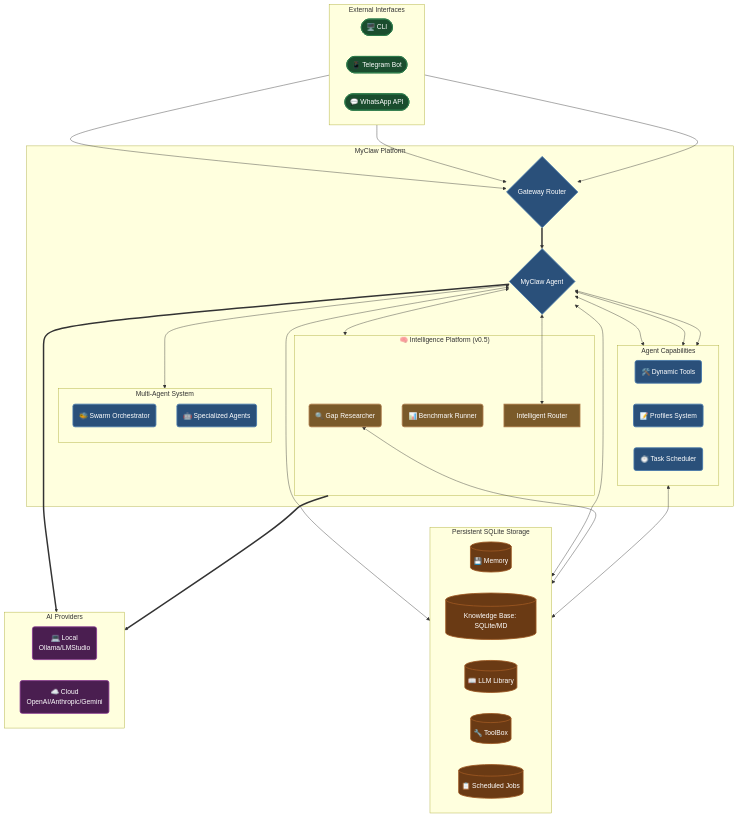
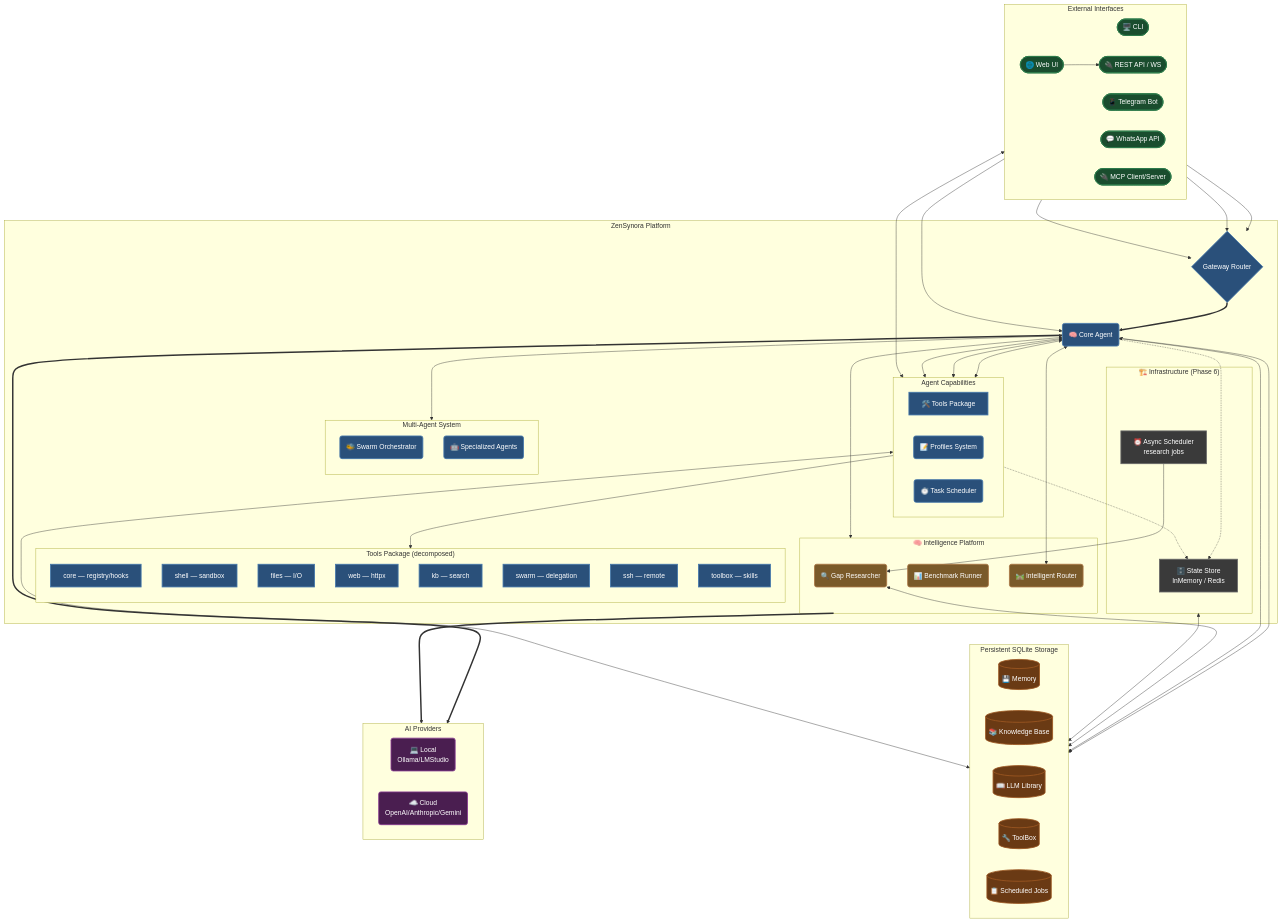
The diagram in README.md (adrianx26/zensynora), drawn with Mermaid before and after one commit. The commit also changed other lines of this file and 29 other files, not shown here.

````diff
--- a/README.md
+++ b/README.md
@@ -54,26 +54,42 @@
     classDef data fill:#6a3a14,stroke:#9c5822,stroke-width:2px,color:#fff
     classDef llm fill:#4a1e50,stroke:#863990,stroke-width:2px,color:#fff
     classDef intelligence fill:#7a5a2a,stroke:#aa7744,stroke-width:2px,color:#fff
+    classDef infra fill:#3a3a3a,stroke:#666666,stroke-width:2px,color:#fff
 
-    %% Channels
+    %% Channels / Interfaces
     subgraph Interfaces [External Interfaces]
         direction LR
         CLI(["🖥️ CLI"])
         TG(["📱 Telegram Bot"])
         WA(["💬 WhatsApp API"])
+        WebUI(["🌐 Web UI"])
+        API(["🔌 REST API / WS"])
+        MCP(["🔌 MCP Client/Server"])
     end
 
     %% Core Application
-    subgraph MyClaw [MyClaw Platform]
+    subgraph MyClaw [ZenSynora Platform]
         GW{"Gateway Router"}
-        
+
         Agent("🧠 Core Agent")
-        
+
         subgraph Capabilities [Agent Capabilities]
             direction LR
-            Tools("🛠️ Dynamic Tools")
+            ToolsPkg["🛠️ Tools Package"]
             Profiles("📝 Profiles System")
             Sched("⏱️ Task Scheduler")
+        end
+
+        subgraph ToolModules ["Tools Package (decomposed)"]
+            direction TB
+            TCore["core — registry/hooks"]
+            TShell["shell — sandbox"]
+            TFiles["files — I/O"]
+            TWeb["web — httpx"]
+            TKB["kb — search"]
+            TSwarm["swarm — delegation"]
+            TSSH["ssh — remote"]
+            TToolbox["toolbox — skills"]
         end
 
         subgraph AdvancedSystems [Multi-Agent System]
@@ -82,10 +98,15 @@
             Spec("🤖 Specialized Agents")
         end
 
-        subgraph Intelligence ["🧠 Intelligence Platform (v0.5)"]
+        subgraph Intelligence ["🧠 Intelligence Platform"]
             GapRes("🔍 Gap Researcher")
             Bench("📊 Benchmark Runner")
             Router("🛤️ Intelligent Router")
+        end
+
+        subgraph Infra ["🏗️ Infrastructure (Phase 6)"]
+            StateStore["🗄️ State Store<br/>InMemory / Redis"]
+            AsyncSched["⏰ Async Scheduler<br/>research jobs"]
         end
     end
 
@@ -110,30 +131,41 @@
     CLI --> GW
     TG --> GW
     WA --> GW
-    
+    WebUI --> API
+    API --> Agent
+    MCP <--> ToolsPkg
+
     GW ==> Agent
-    
-    Agent <--> Tools
+
+    Agent <--> ToolsPkg
     Agent <--> Profiles
     Agent <--> AdvancedSystems
     Agent <--> Sched
     Agent <--> Intelligence
-    
-    Agent{MyClaw Agent}
-    Router[Intelligent Router]
+
+    ToolsPkg --> ToolModules
+
     Agent <--> Router
-    Agent <--> KB[(Knowledge Base: SQLite/MD)]
+    Agent <--> KB
     Agent <--> Toolbox
     Sched <--> Jobs
     GapRes <--> KB
-    
+
+    %% Phase 6 infrastructure
+    Agent -.-> StateStore
+    Sched -.-> StateStore
+    AsyncSched --> GapRes
+    Infra <--> Storage
+
     Agent ==> Providers
     Intelligence ==> Providers
-    
+
     %% Apply Classes
-    class CLI,TG,WA channel
-    class GW,Agent,Tools,Profiles,Sched,Swarm,Spec core
+    class CLI,TG,WA,WebUI,API,MCP channel
+    class GW,Agent,ToolsPkg,Profiles,Sched,Swarm,Spec core
     class Mem,KB,Lib,Toolbox,Jobs data
     class Local,Cloud llm
     class GapRes,Bench,Router intelligence
+    class StateStore,AsyncSched infra
+    class TCore,TShell,TFiles,TWeb,TKB,TSwarm,TSSH,TToolbox core
 ```
````
